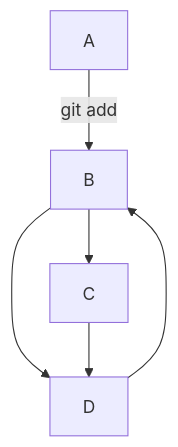
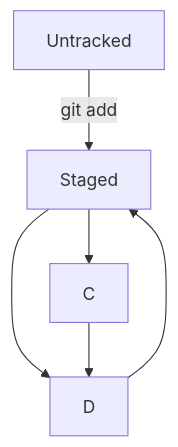
One commit to SergeyL1973/testprogect changed the diagram in readme.md. Above: the diagram before and after it, drawn with Mermaid.

Commit message:
Исправлена диаграма ЖЦ файла в git - заголовки к блокам А и B

````diff
--- a/readme.md
+++ b/readme.md
@@ -75,8 +75,8 @@
 ```mermaid 
 flowchart TD;
- A--git add-->B;
+ A[Untracked]--git add-->B[Staged];
  B-->C;
  B-->D;
  C-->D;
  D-->B; 
 ```
````
